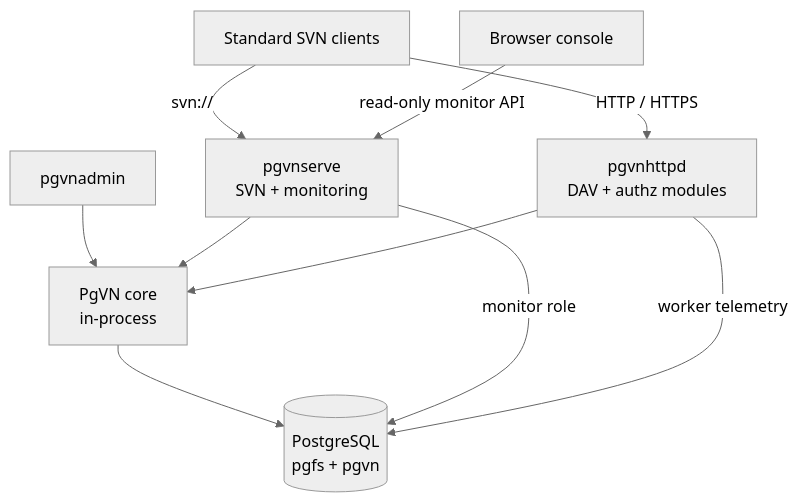
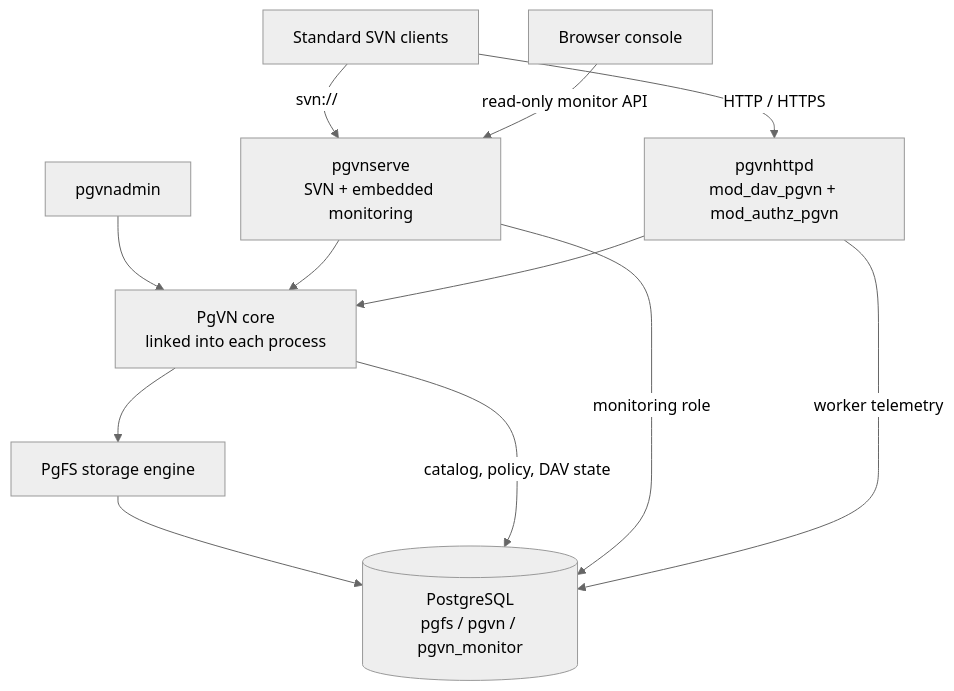
Before and after one commit to qistchan/pgvn: the diagram in README.md, drawn with Mermaid (neutral theme). The commit also changed other lines of this file and 1 other file, not shown here.

````diff
--- a/README.md
+++ b/README.md
@@ -61,12 +69,14 @@
 ```mermaid
 flowchart TB
-    SVN["Standard SVN clients"] -->|"svn://"| SERVE["pgvnserve<br/>SVN + monitoring"]
-    SVN -->|"HTTP / HTTPS"| DAV["pgvnhttpd<br/>DAV + authz modules"]
+    SVN["Standard SVN clients"] -->|"svn://"| SERVE["pgvnserve<br/>SVN + embedded monitoring"]
+    SVN -->|"HTTP / HTTPS"| DAV["pgvnhttpd<br/>mod_dav_pgvn + mod_authz_pgvn"]
     ADMIN["pgvnadmin"] --> CORE
-    SERVE --> CORE["PgVN core<br/>in-process"]
+    SERVE --> CORE["PgVN core<br/>linked into each process"]
     DAV --> CORE
-    CORE --> PG[("PostgreSQL<br/>pgfs + pgvn")]
+    CORE --> FS["PgFS storage engine"]
+    FS --> PG[("PostgreSQL<br/>pgfs / pgvn / pgvn_monitor")]
+    CORE -->|"catalog, policy, DAV state"| PG
     WEB["Browser console"] -->|"read-only monitor API"| SERVE
-    SERVE -->|"monitor role"| PG
+    SERVE -->|"monitoring role"| PG
     DAV -->|"worker telemetry"| PG
 ```
````
